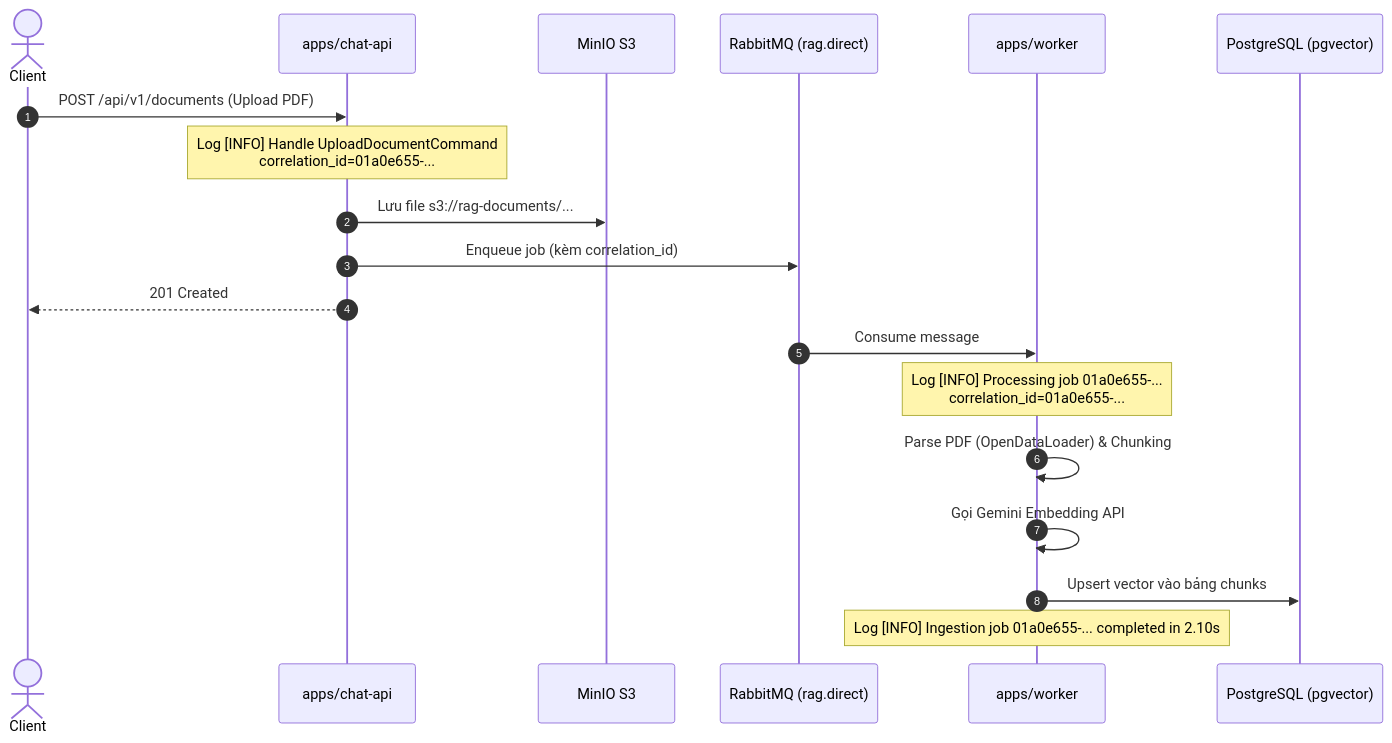
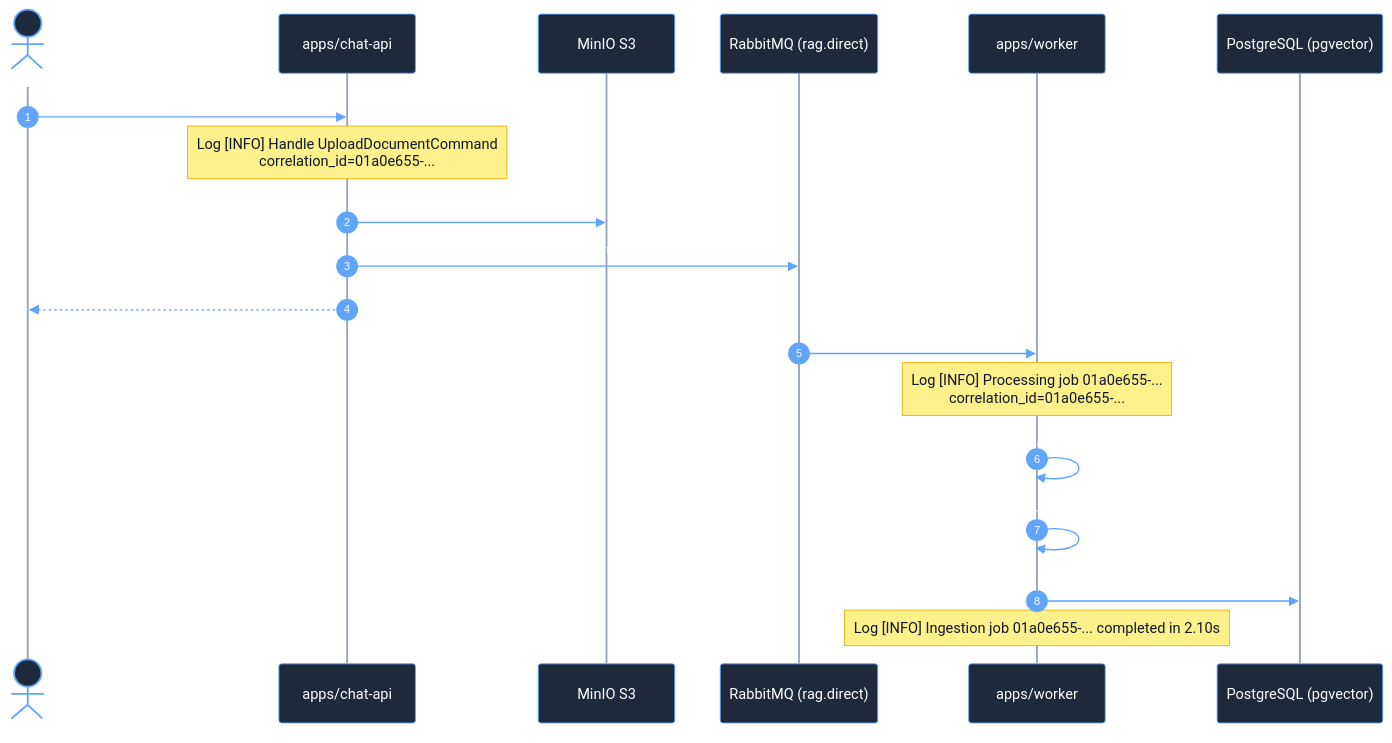
One commit to NDQuynh259/ragflow-api changed the diagram in docs/logging_architecture.md. Above: the diagram before and after it, drawn with Mermaid. The commit also changed 11 other files, not shown here.

````diff
--- a/docs/logging_architecture.md
+++ b/docs/logging_architecture.md
@@ -60,23 +60,44 @@
 ```mermaid
+%%{init: {
+  'theme': 'base',
+  'themeVariables': {
+    'darkMode': true,
+    'signalTextColor': '#ffffff',
+    'signalColor': '#60a5fa',
+    'textColor': '#ffffff',
+    'actorTextColor': '#ffffff',
+    'actorBorder': '#60a5fa',
+    'actorBkg': '#1e293b',
+    'actorLineColor': '#94a3b8',
+    'labelBoxBkgColor': '#1e293b',
+    'labelBoxBorderColor': '#60a5fa',
+    'labelTextColor': '#ffffff',
+    'loopTextColor': '#f8fafc',
+    'noteBkgColor': '#fef08a',
+    'noteTextColor': '#0f172a',
+    'noteBorderColor': '#eab308',
+    'sequenceNumberColor': '#ffffff'
+  }
+}}%%
 sequenceDiagram
     autonumber
     actor Client
     participant API as apps/chat-api
     participant MinIO as MinIO S3
     participant RMQ as RabbitMQ (rag.direct)
     participant Worker as apps/worker
     participant PG as PostgreSQL (pgvector)
 
     Client->>API: POST /api/v1/documents (Upload PDF)
     Note over API: Log [INFO] Handle UploadDocumentCommand<br/>correlation_id=01a0e655-...
     API->>MinIO: Lưu file s3://rag-documents/...
     API->>RMQ: Enqueue job (kèm correlation_id)
     API-->>Client: 201 Created
 
     RMQ->>Worker: Consume message
     Note over Worker: Log [INFO] Processing job 01a0e655-...<br/>correlation_id=01a0e655-...
     Worker->>Worker: Parse PDF (OpenDataLoader) & Chunking
     Worker->>Worker: Gọi Gemini Embedding API
     Worker->>PG: Upsert vector vào bảng chunks
     Note over Worker: Log [INFO] Ingestion job 01a0e655-... completed in 2.10s
 ```
````
